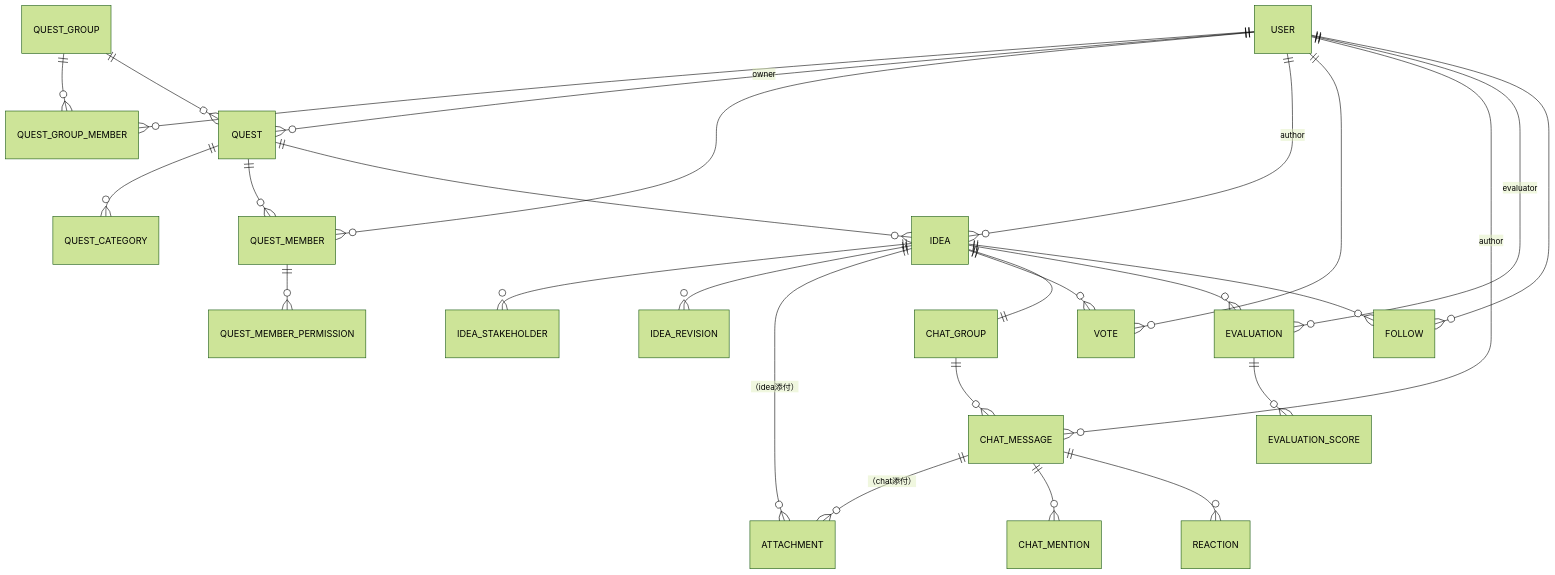
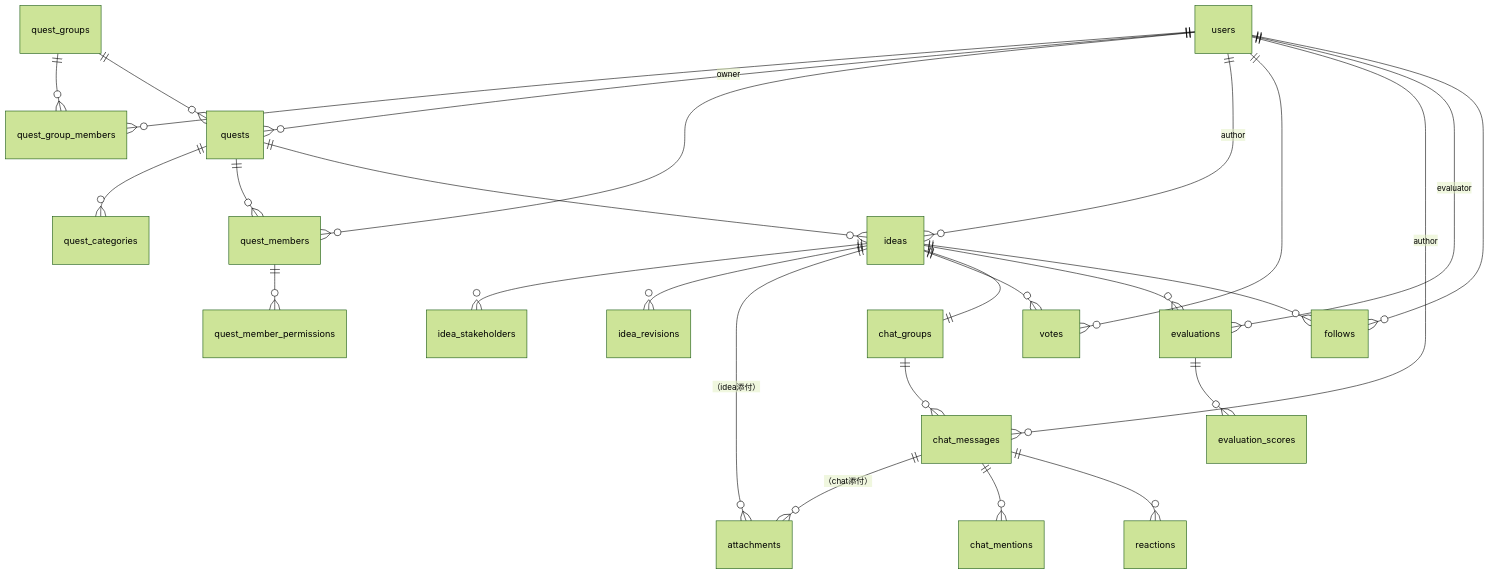
One commit to t-umekawa-sc/sc-ideaquest-G2 changed the third of 4 diagrams in doc/データモデル.md. Above: the diagram before and after it, drawn with Mermaid (forest theme). The commit also changed other lines of this file, not shown here.

````diff
--- a/doc/データモデル.md
+++ b/doc/データモデル.md
@@ -277,29 +280,29 @@
 ```mermaid
 erDiagram
-  USER ||--o{ QUEST_GROUP_MEMBER : ""
-  QUEST_GROUP ||--o{ QUEST_GROUP_MEMBER : ""
-  QUEST_GROUP ||--o{ QUEST : ""
-  USER ||--o{ QUEST : "owner"
-  QUEST ||--o{ QUEST_CATEGORY : ""
-  QUEST ||--o{ QUEST_MEMBER : ""
-  USER ||--o{ QUEST_MEMBER : ""
-  QUEST_MEMBER ||--o{ QUEST_MEMBER_PERMISSION : ""
-  QUEST ||--o{ IDEA : ""
-  USER ||--o{ IDEA : "author"
-  IDEA ||--o{ IDEA_STAKEHOLDER : ""
-  IDEA ||--o{ IDEA_REVISION : ""
-  IDEA ||--o{ ATTACHMENT : "（idea添付）"
-  IDEA ||--o{ VOTE : ""
-  USER ||--o{ VOTE : ""
-  IDEA ||--|| CHAT_GROUP : ""
-  CHAT_GROUP ||--o{ CHAT_MESSAGE : ""
-  USER ||--o{ CHAT_MESSAGE : "author"
-  CHAT_MESSAGE ||--o{ ATTACHMENT : "（chat添付）"
-  CHAT_MESSAGE ||--o{ CHAT_MENTION : ""
-  CHAT_MESSAGE ||--o{ REACTION : ""
-  IDEA ||--o{ EVALUATION : ""
-  USER ||--o{ EVALUATION : "evaluator"
-  EVALUATION ||--o{ EVALUATION_SCORE : ""
-  IDEA ||--o{ FOLLOW : ""
-  USER ||--o{ FOLLOW : ""
+  users ||--o{ quest_group_members : ""
+  quest_groups ||--o{ quest_group_members : ""
+  quest_groups ||--o{ quests : ""
+  users ||--o{ quests : "owner"
+  quests ||--o{ quest_categories : ""
+  quests ||--o{ quest_members : ""
+  users ||--o{ quest_members : ""
+  quest_members ||--o{ quest_member_permissions : ""
+  quests ||--o{ ideas : ""
+  users ||--o{ ideas : "author"
+  ideas ||--o{ idea_stakeholders : ""
+  ideas ||--o{ idea_revisions : ""
+  ideas ||--o{ attachments : "（idea添付）"
+  ideas ||--o{ votes : ""
+  users ||--o{ votes : ""
+  ideas ||--|| chat_groups : ""
+  chat_groups ||--o{ chat_messages : ""
+  users ||--o{ chat_messages : "author"
+  chat_messages ||--o{ attachments : "（chat添付）"
+  chat_messages ||--o{ chat_mentions : ""
+  chat_messages ||--o{ reactions : ""
+  ideas ||--o{ evaluations : ""
+  users ||--o{ evaluations : "evaluator"
+  evaluations ||--o{ evaluation_scores : ""
+  ideas ||--o{ follows : ""
+  users ||--o{ follows : ""
 ```
````
